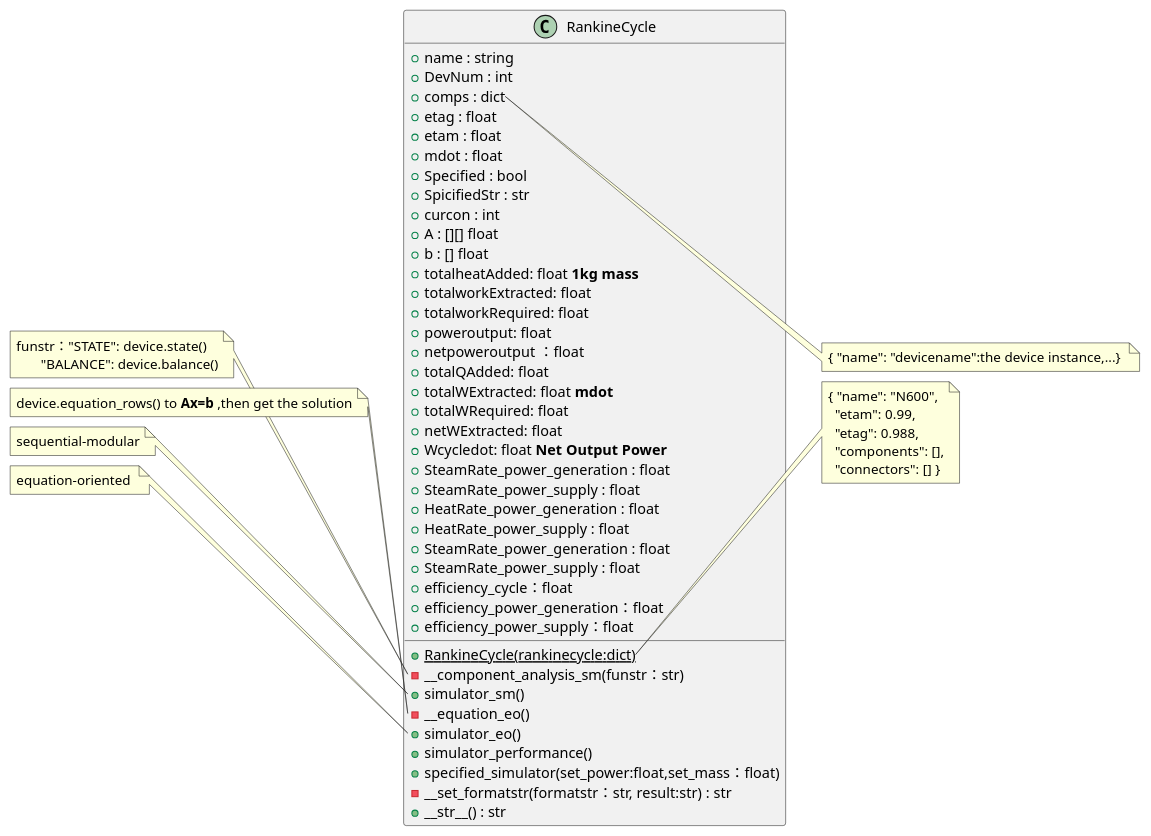
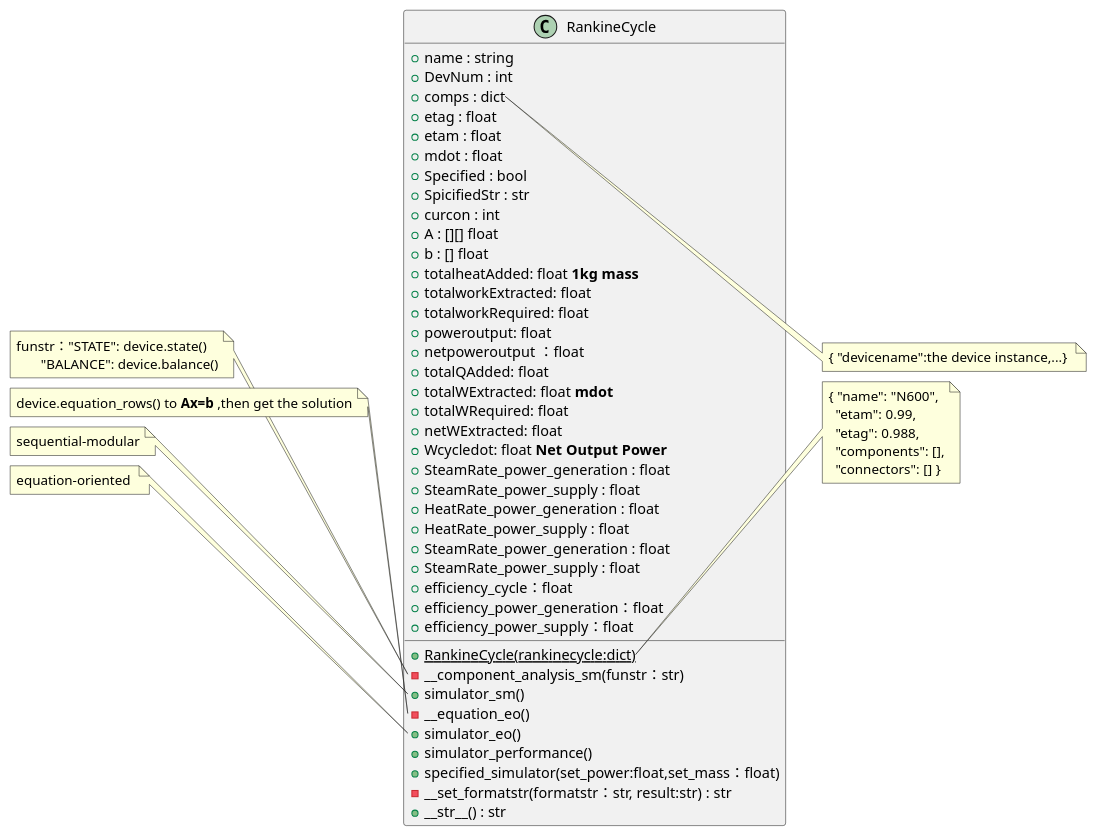
The diagram in uml/RankineCycle.puml (thermalogic/PyRankine), drawn with PlantUML before and after one commit. The commit also changed 10 other files, not shown here.

```diff
--- a/uml/RankineCycle.puml
+++ b/uml/RankineCycle.puml
@@ -1,66 +1,66 @@
 @startuml
 class RankineCycle{
     + name : string 
     + DevNum : int
     + comps : dict
     + etag : float
     + etam : float
     + mdot : float 
     + Specified : bool
     + SpicifiedStr : str
     + curcon : int 
     + A : [][] float 
     + b : [] float
     + totalheatAdded: float **1kg mass**
     + totalworkExtracted: float
     + totalworkRequired: float
     + poweroutput: float
     + netpoweroutput ：float
     + totalQAdded: float
     + totalWExtracted: float **mdot**
     + totalWRequired: float
     + netWExtracted: float
     + Wcycledot: float **Net Output Power**
     + SteamRate_power_generation : float  
     + SteamRate_power_supply : float
     + HeatRate_power_generation : float  
     + HeatRate_power_supply : float
     + SteamRate_power_generation : float  
     + SteamRate_power_supply : float
     + efficiency_cycle：float
     + efficiency_power_generation：float
     + efficiency_power_supply：float
     + {static} RankineCycle(rankinecycle:dict)
     - __component_analysis_sm(funstr：str)
     + simulator_sm()
     - __equation_eo()
     + simulator_eo()
     + simulator_performance()
     + specified_simulator(set_power:float,set_mass：float)
     - __set_formatstr(formatstr：str, result:str) : str
     +__str__() : str
 }
 note left of RankineCycle::component_analysis_sm
    funstr："STATE": device.state()
           "BALANCE": device.balance()
 end note
 note left of RankineCycle::equation_eo
    device.equation_rows() to **Ax=b** ,then get the solution
 end note
 note left of RankineCycle::simulator_sm
    sequential-modular
 end note
 note left of RankineCycle::simulator_eo
     equation-oriented 
 end note
 note right of RankineCycle::comps
-  { "name": "devicename":the device instance,...} 
+  { "devicename":the device instance,...} 
 end note
 note right of RankineCycle::RankineCycle
   { "name": "N600",
     "etam": 0.99,
     "etag": 0.988,
     "components": [],
     "connectors": [] } 
 end note
 @enduml
```
